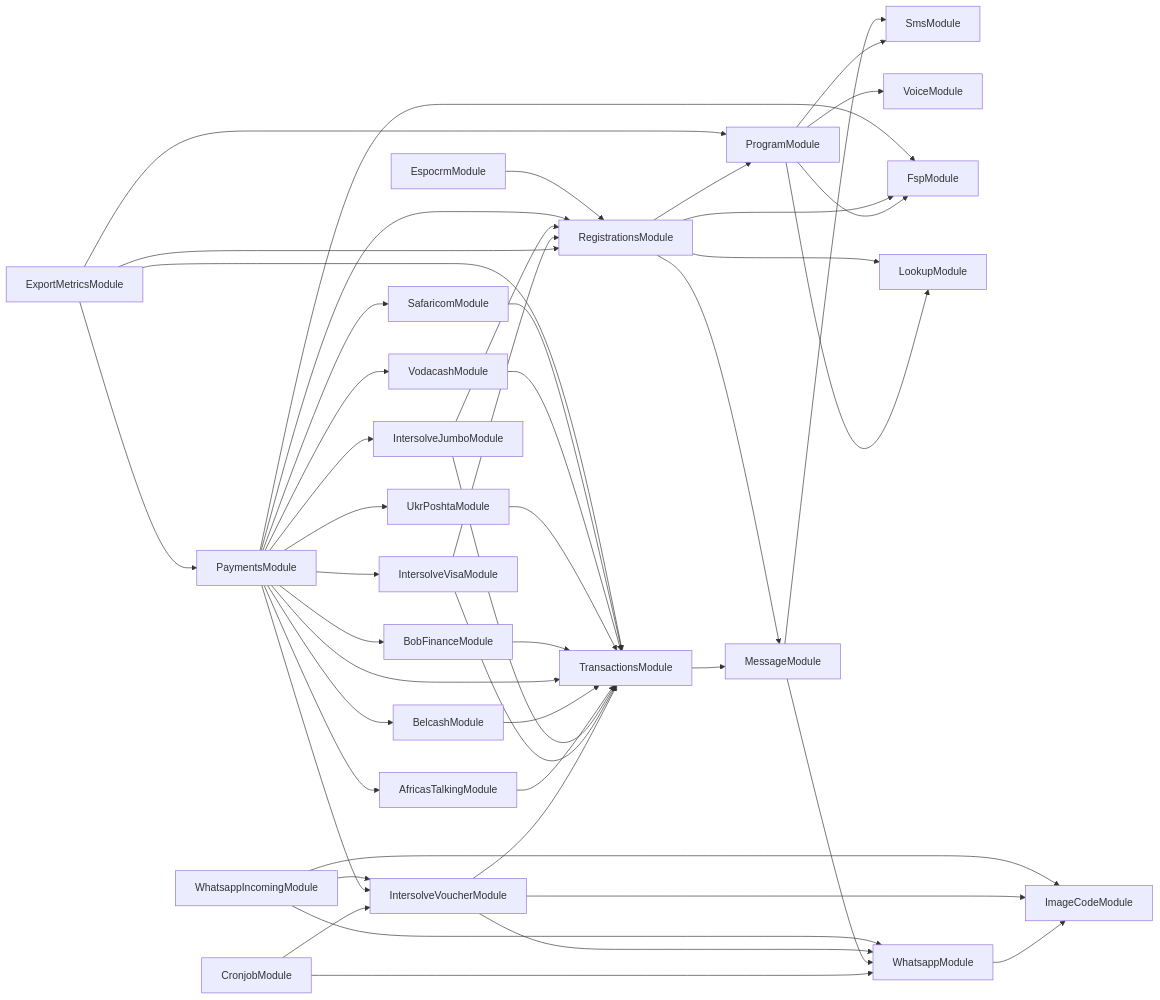
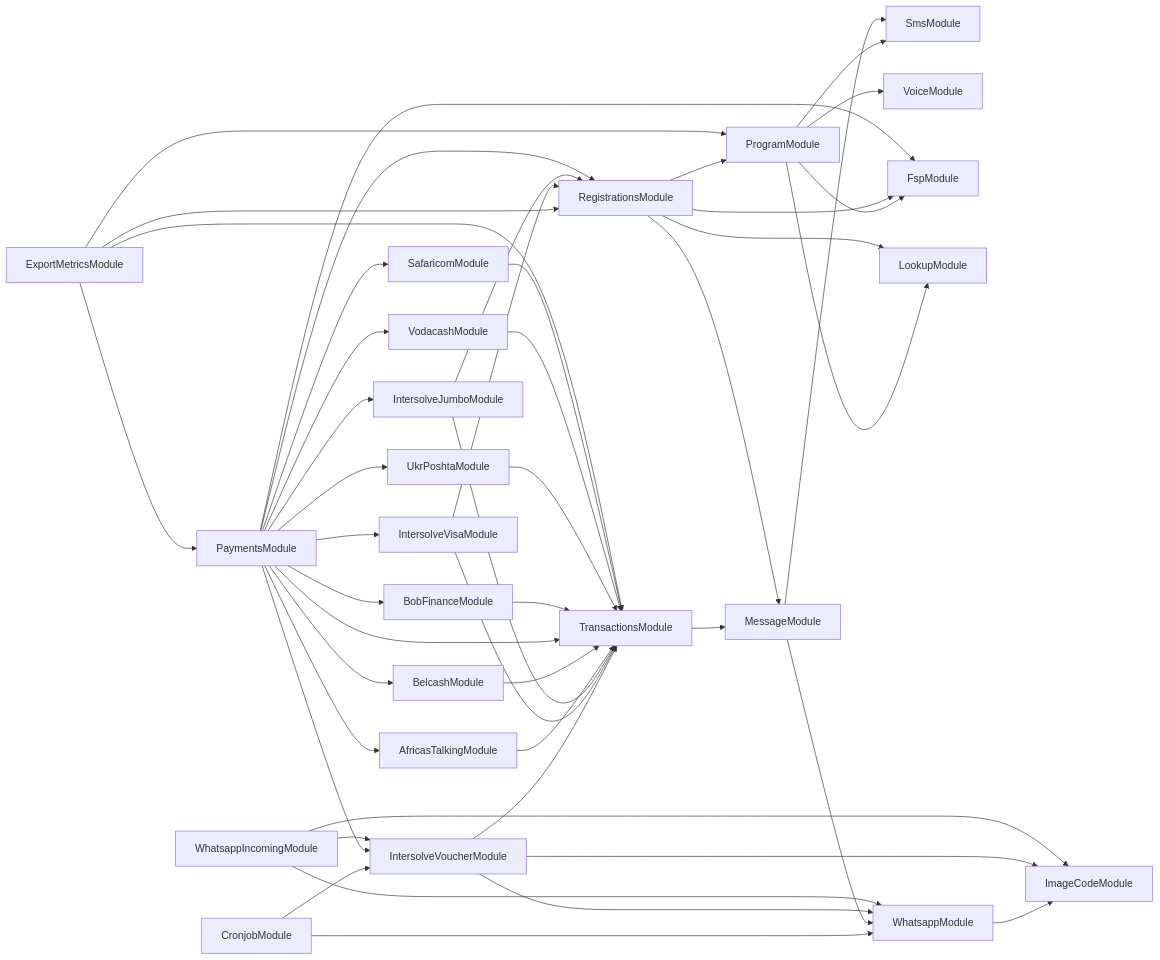
The diagram in services/121-service/module-dependencies.md (global-121/121-platform), drawn with Mermaid before and after one commit. The commit also changed 18 other files, not shown here.

````diff
--- a/services/121-service/module-dependencies.md
+++ b/services/121-service/module-dependencies.md
@@ -3,50 +3,49 @@
 ```mermaid
 graph LR
   ProgramModule-->SmsModule
   ProgramModule-->VoiceModule
   ProgramModule-->FspModule
   ProgramModule-->LookupModule
   CronjobModule-->WhatsappModule
   WhatsappModule-->ImageCodeModule
   CronjobModule-->IntersolveVoucherModule
   IntersolveVoucherModule-->ImageCodeModule
   IntersolveVoucherModule-->TransactionsModule
   TransactionsModule-->MessageModule
   MessageModule-->WhatsappModule
   MessageModule-->SmsModule
   IntersolveVoucherModule-->WhatsappModule
   RegistrationsModule-->LookupModule
   RegistrationsModule-->ProgramModule
   RegistrationsModule-->FspModule
   RegistrationsModule-->MessageModule
   ExportMetricsModule-->ProgramModule
   ExportMetricsModule-->RegistrationsModule
   ExportMetricsModule-->PaymentsModule
   PaymentsModule-->FspModule
   PaymentsModule-->IntersolveVoucherModule
   PaymentsModule-->IntersolveVisaModule
   IntersolveVisaModule-->TransactionsModule
   IntersolveVisaModule-->RegistrationsModule
   PaymentsModule-->IntersolveJumboModule
   IntersolveJumboModule-->TransactionsModule
   IntersolveJumboModule-->RegistrationsModule
   PaymentsModule-->AfricasTalkingModule
   AfricasTalkingModule-->TransactionsModule
   PaymentsModule-->BelcashModule
   BelcashModule-->TransactionsModule
   PaymentsModule-->TransactionsModule
   PaymentsModule-->BobFinanceModule
   BobFinanceModule-->TransactionsModule
   PaymentsModule-->UkrPoshtaModule
   UkrPoshtaModule-->TransactionsModule
   PaymentsModule-->VodacashModule
   VodacashModule-->TransactionsModule
   PaymentsModule-->SafaricomModule
   SafaricomModule-->TransactionsModule
   PaymentsModule-->RegistrationsModule
   ExportMetricsModule-->TransactionsModule
   WhatsappIncomingModule-->ImageCodeModule
   WhatsappIncomingModule-->IntersolveVoucherModule
   WhatsappIncomingModule-->WhatsappModule
-  EspocrmModule-->RegistrationsModule
 ```
````
